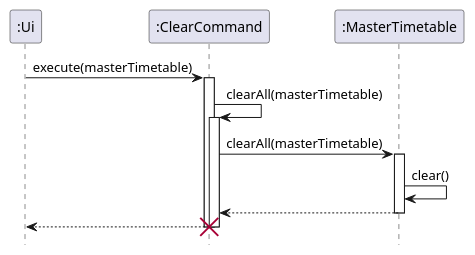
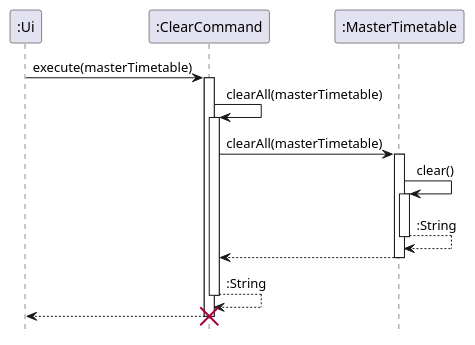
Before and after one commit to nus-cs2113-AY2122S2/tp: the diagram in docs/diagrams/ClearCommandSequenceDiagram.puml, drawn with PlantUML. The commit also changed 5 other files, not shown here.

Commit message:
Edit sequence diagrams

```diff
--- a/docs/diagrams/ClearCommandSequenceDiagram.puml
+++ b/docs/diagrams/ClearCommandSequenceDiagram.puml
@@ -1,13 +1,15 @@
 @startuml
 hide footbox
 
 
 ":Ui" -> ":ClearCommand" ++: execute(masterTimetable)
 ":ClearCommand" -> ":ClearCommand" ++: clearAll(masterTimetable)
 ":ClearCommand" -> ":MasterTimetable" ++: clearAll(masterTimetable)
-":MasterTimetable" -> ":MasterTimetable" : clear()
+":MasterTimetable" -> ":MasterTimetable" ++: clear()
+":MasterTimetable" --> ":MasterTimetable" -- : :String
 ":MasterTimetable" --> ":ClearCommand" --:
+":ClearCommand" --> ":ClearCommand" --: :String
 ":ClearCommand" --> ":Ui" --: 
 destroy ":ClearCommand"
 
 @enduml
```
